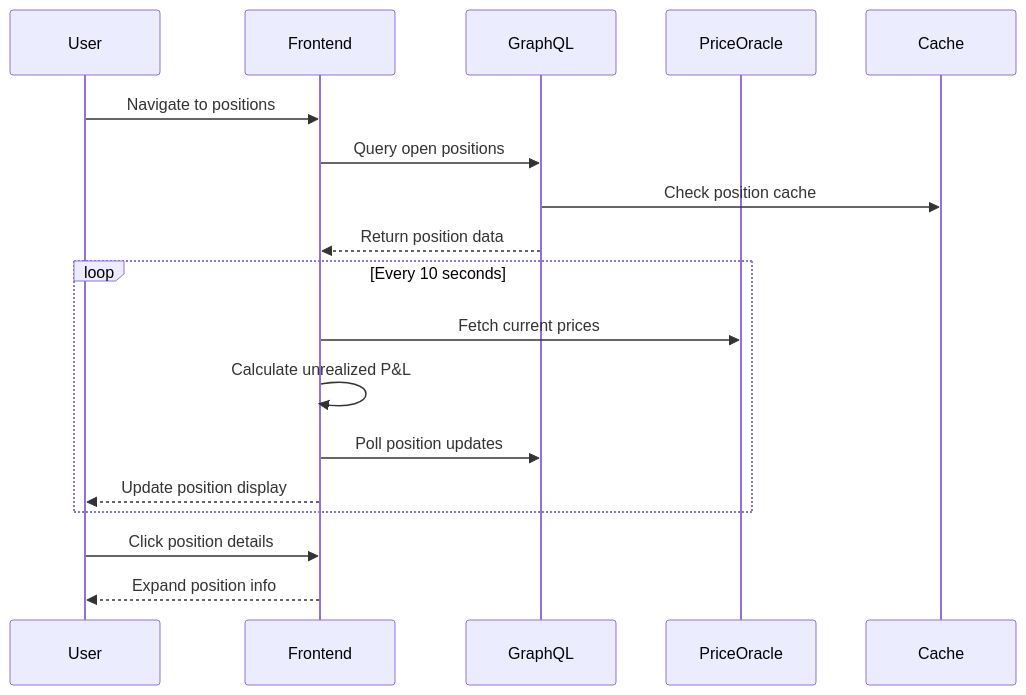
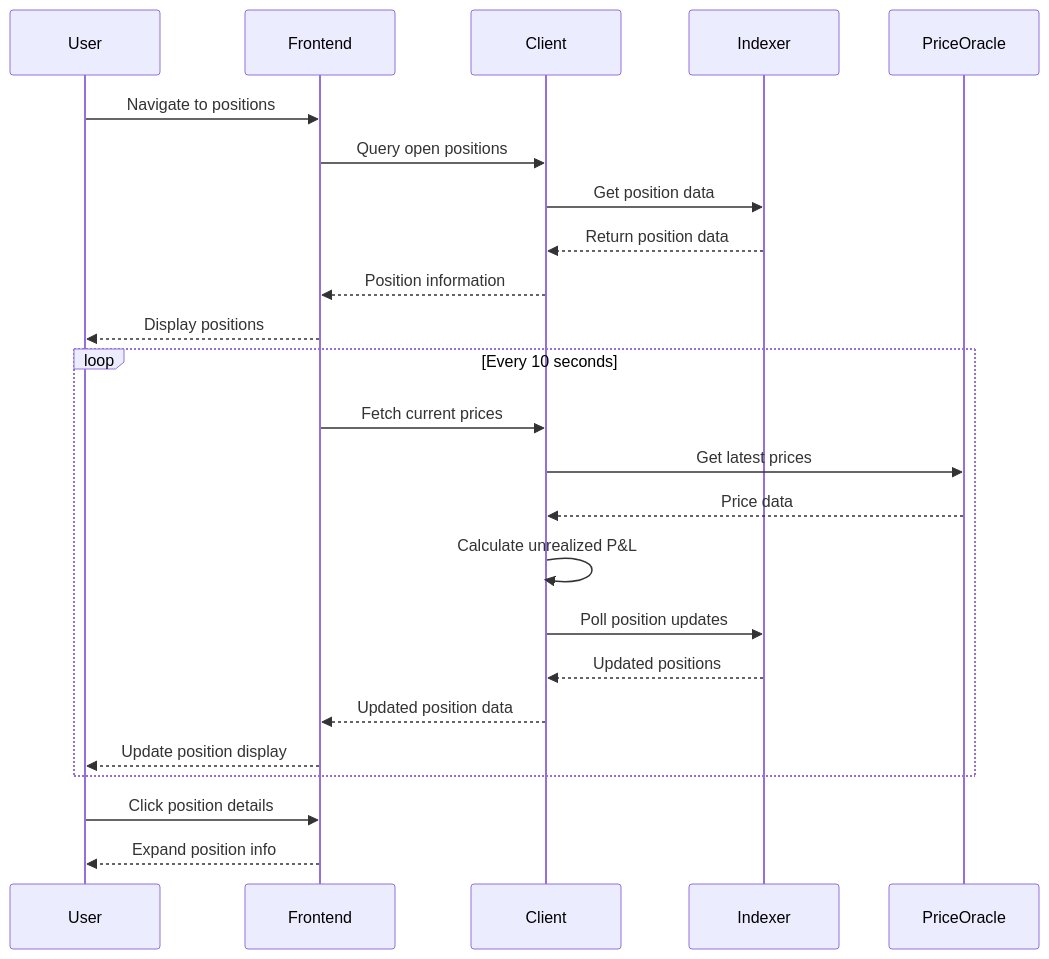
The fourth of 15 diagrams in project-stories-breakdown-reorganized.md (dydxprotocol/v4-web), drawn with Mermaid before and after one commit. The commit also changed other lines of this file, not shown here.

Commit message:
docs(arch): Update user stories for correctness and clarity

````diff
--- a/project-stories-breakdown-reorganized.md
+++ b/project-stories-breakdown-reorganized.md
@@ -970,23 +692,29 @@
 ```mermaid
 sequenceDiagram
     participant User
     participant Frontend
-    participant GraphQL
+    participant Client
+    participant Indexer
     participant PriceOracle
-    participant Cache
     
     User->>Frontend: Navigate to positions
-    Frontend->>GraphQL: Query open positions
-    GraphQL->>Cache: Check position cache
-    GraphQL-->>Frontend: Return position data
+    Frontend->>Client: Query open positions
+    Client->>Indexer: Get position data
+    Indexer-->>Client: Return position data
+    Client-->>Frontend: Position information
+    Frontend-->>User: Display positions
     
     loop Every 10 seconds
-        Frontend->>PriceOracle: Fetch current prices
-        Frontend->>Frontend: Calculate unrealized P&L
-        Frontend->>GraphQL: Poll position updates
+        Frontend->>Client: Fetch current prices
+        Client->>PriceOracle: Get latest prices
+        PriceOracle-->>Client: Price data
+        Client->>Client: Calculate unrealized P&L
+        Client->>Indexer: Poll position updates
+        Indexer-->>Client: Updated positions
+        Client-->>Frontend: Updated position data
         Frontend-->>User: Update position display
     end
     
     User->>Frontend: Click position details
     Frontend-->>User: Expand position info
 ```
````
